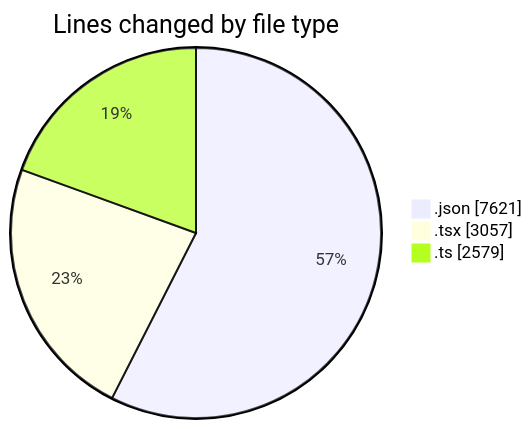
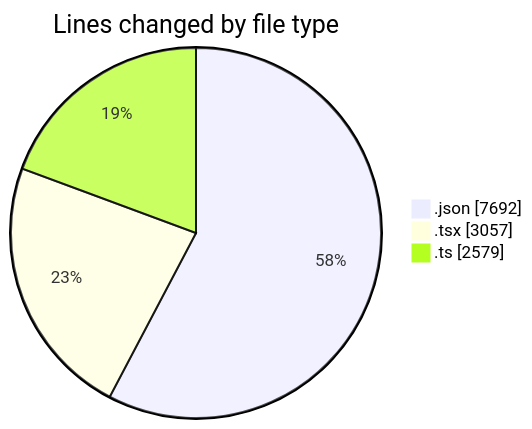
The first of 2 diagrams in 2025-06-10/ecodeli-1/README.md (CELIANVF/code-tracking), drawn with Mermaid before and after one commit. The commit also changed other lines of this file and 1 other file, not shown here.

````diff
--- a/2025-06-10/ecodeli-1/README.md
+++ b/2025-06-10/ecodeli-1/README.md
@@ -36,7 +36,7 @@
 ```mermaid
 pie showData
 title Lines changed by file type
-".json" : 7621
+".json" : 7692
 ".tsx" : 3057
 ".ts" : 2579
 ```
````
